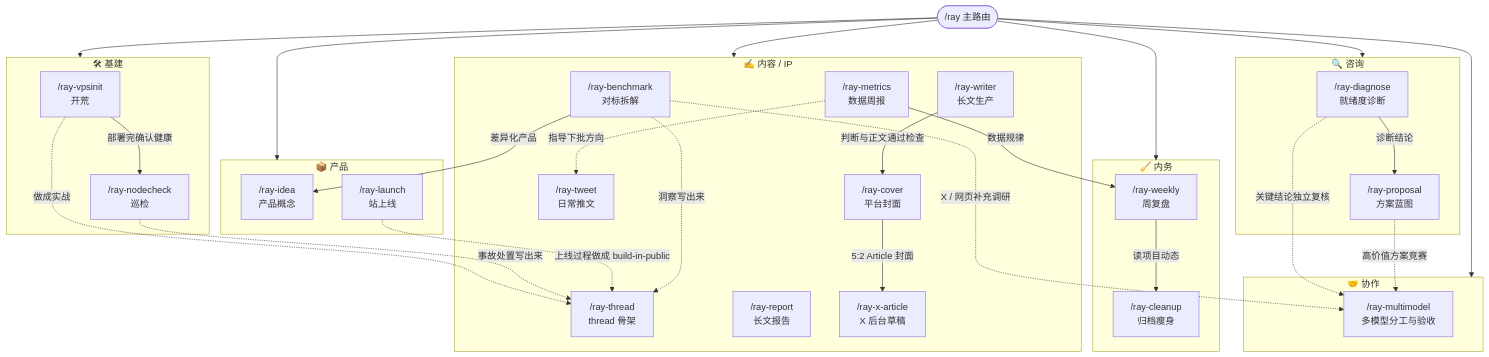
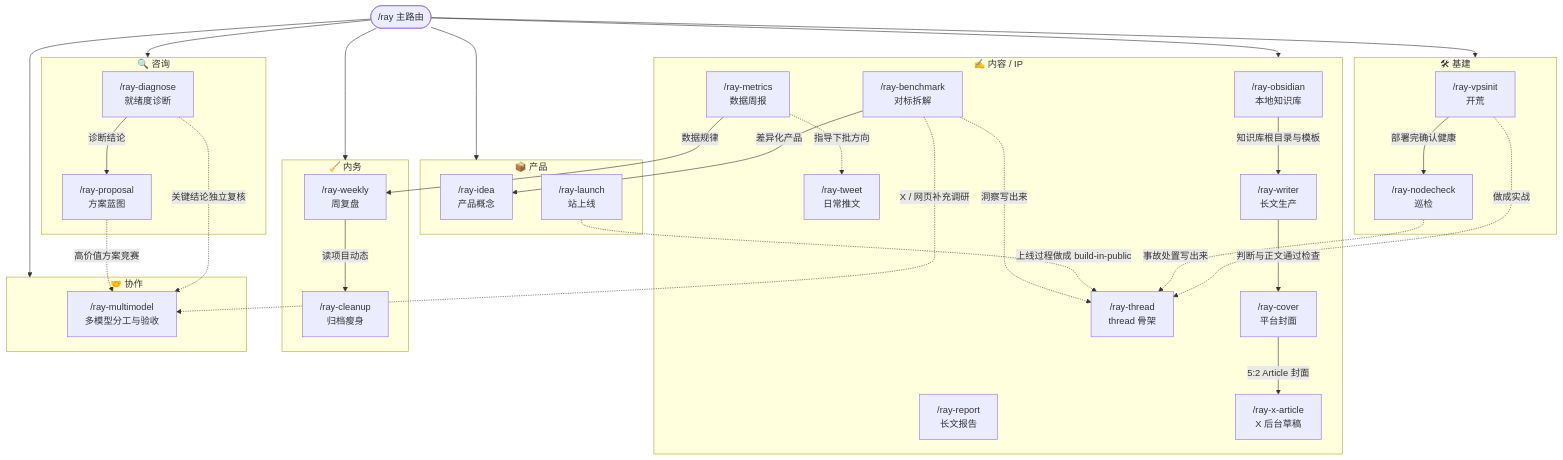
One commit to imraywang/rayskills changed the diagram in docs/skill-link-map.md. Above: the diagram before and after it, drawn with Mermaid. The commit also changed other lines of this file and 38 other files, not shown here.

````diff
--- a/docs/skill-link-map.md
+++ b/docs/skill-link-map.md
@@ -5,55 +5,57 @@
 ```mermaid
 flowchart TD
     RAY(["/ray 主路由"])
 
     subgraph INFRA["🛠 基建"]
         VPSINIT["/ray-vpsinit\n开荒"]
         NODECHECK["/ray-nodecheck\n巡检"]
     end
     subgraph CONTENT["✍️ 内容 / IP"]
+        OBSIDIAN["/ray-obsidian\n本地知识库"]
         THREAD["/ray-thread\nthread 骨架"]
         TWEET["/ray-tweet\n日常推文"]
         METRICS["/ray-metrics\n数据周报"]
         BENCH["/ray-benchmark\n对标拆解"]
         REPORT["/ray-report\n长文报告"]
         WRITER["/ray-writer\n长文生产"]
         COVER["/ray-cover\n平台封面"]
         XARTICLE["/ray-x-article\nX 后台草稿"]
     end
     subgraph CONSULT["🔍 咨询"]
         DIAG["/ray-diagnose\n就绪度诊断"]
         PROP["/ray-proposal\n方案蓝图"]
     end
     subgraph PRODUCT["📦 产品"]
         ANVIL["/ray-idea\n产品概念"]
         LAUNCH["/ray-launch\n站上线"]
     end
     subgraph OPS["🧹 内务"]
         WEEKLY["/ray-weekly\n周复盘"]
         CLEANUP["/ray-cleanup\n归档瘦身"]
     end
 
     subgraph COLLAB["🤝 协作"]
         MULTI["/ray-multimodel\n多模型分工与验收"]
     end
 
     RAY --> INFRA & CONTENT & CONSULT & PRODUCT & OPS & COLLAB
 
     %% 常见衔接
     DIAG -->|诊断结论| PROP
     VPSINIT -->|部署完确认健康| NODECHECK
     VPSINIT -.->|做成实战| THREAD
     NODECHECK -.->|事故处置写出来| THREAD
     LAUNCH -.->|上线过程做成 build-in-public| THREAD
     BENCH -->|差异化产品| ANVIL
     BENCH -.->|洞察写出来| THREAD
     METRICS -->|数据规律| WEEKLY
     METRICS -.->|指导下批方向| TWEET
     WEEKLY -->|读项目动态| CLEANUP
+    OBSIDIAN -->|知识库根目录与模板| WRITER
     WRITER -->|判断与正文通过检查| COVER
     COVER -->|5:2 Article 封面| XARTICLE
 
     BENCH -.->|X / 网页补充调研| MULTI
     DIAG -.->|关键结论独立复核| MULTI
     PROP -.->|高价值方案竞赛| MULTI
 ```
````
